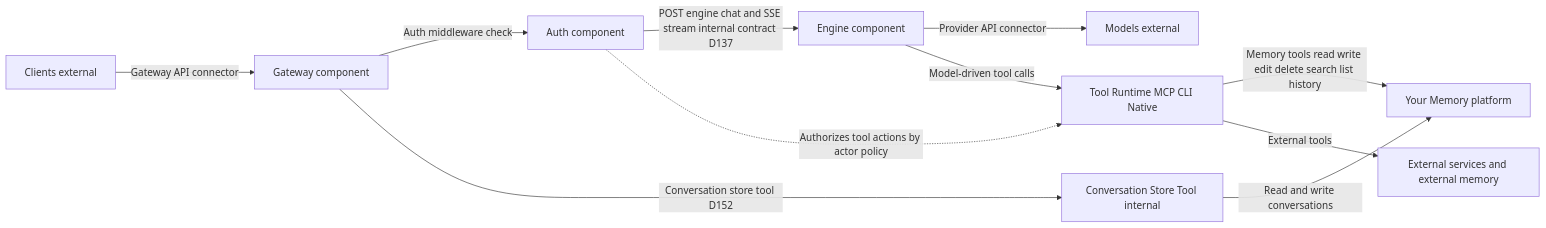
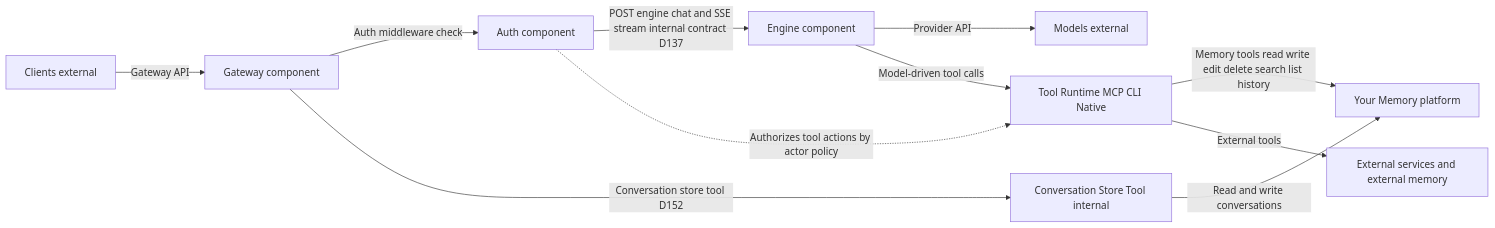
The first of 2 diagrams in docs/foundation-spec.md (Personal-AI-Architecture/the-architecture), drawn with Mermaid before and after one commit. The commit also changed other lines of this file and 25 other files, not shown here.

````diff
--- a/docs/foundation-spec.md
+++ b/docs/foundation-spec.md
@@ -36,16 +36,16 @@
 ```mermaid
 flowchart LR
-    C[Clients external] -->|Gateway API connector| G[Gateway component]
+    C[Clients external] -->|Gateway API| G[Gateway component]
     G -->|Auth middleware check| A[Auth component]
     A -->|POST engine chat and SSE stream internal contract D137| E[Engine component]
-    E -->|Provider API connector| M[Models external]
+    E -->|Provider API| M[Models external]
 
     G -->|Conversation store tool D152| CST[Conversation Store Tool internal]
     CST -->|Read and write conversations| YM[Your Memory platform]
 
     E -->|Model-driven tool calls| TR[Tool Runtime MCP CLI Native]
     TR -->|Memory tools read write edit delete search list history| YM
     TR -->|External tools| EX[External services and external memory]
 
     A -.->|Authorizes tool actions by actor policy| TR
 ```
````
